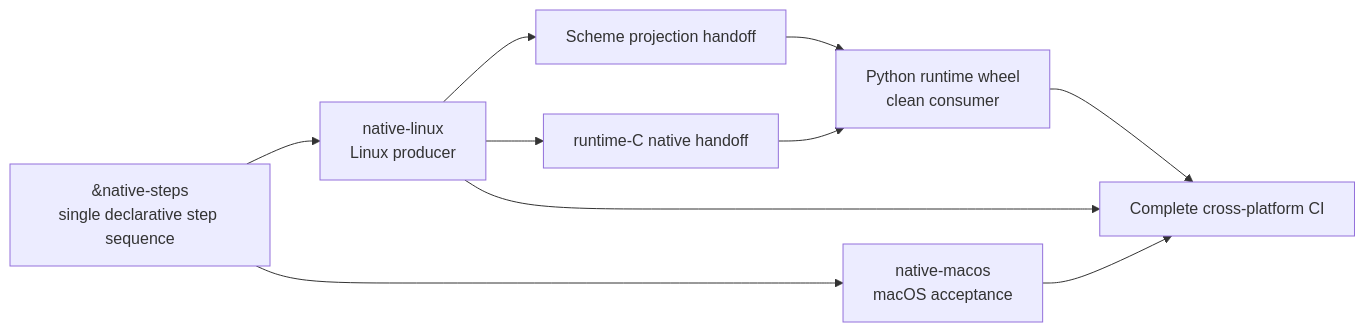
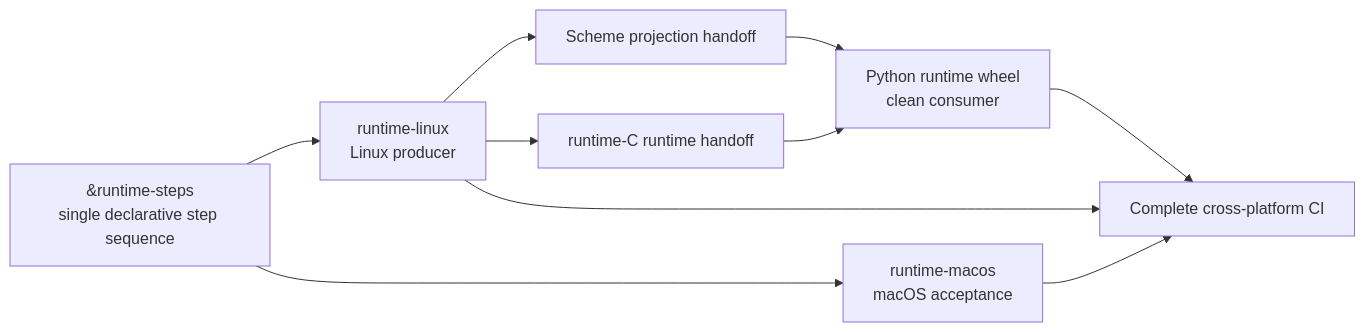
The third of 3 diagrams in module-system/design/148-ci-capability-cache-invariants.org (tao3k/gebril-yuanxu), drawn with Mermaid before and after one commit. The commit also changed other lines of this file and 1469 other files, not shown here.

```diff
--- a/module-system/design/148-ci-capability-cache-invariants.org
+++ b/module-system/design/148-ci-capability-cache-invariants.org
@@ -492,20 +492,20 @@
 #+begin_src mermaid
 flowchart LR
-  STEPS["&native-steps<br/>single declarative step sequence"]
-  LINUX["native-linux<br/>Linux producer"]
-  MACOS["native-macos<br/>macOS acceptance"]
+  STEPS["&runtime-steps<br/>single declarative step sequence"]
+  LINUX["runtime-linux<br/>Linux producer"]
+  MACOS["runtime-macos<br/>macOS acceptance"]
   PROJECTION["Scheme projection handoff"]
-  RUNTIMEC["runtime-C native handoff"]
+  RUNTIMEC["runtime-C runtime handoff"]
   WHEEL["Python runtime wheel<br/>clean consumer"]
   COMPLETE["Complete cross-platform CI"]
 
   STEPS --> LINUX
   STEPS --> MACOS
   LINUX --> PROJECTION
   LINUX --> RUNTIMEC
   PROJECTION --> WHEEL
   RUNTIMEC --> WHEEL
   LINUX --> COMPLETE
   MACOS --> COMPLETE
   WHEEL --> COMPLETE
 #+end_src
```
